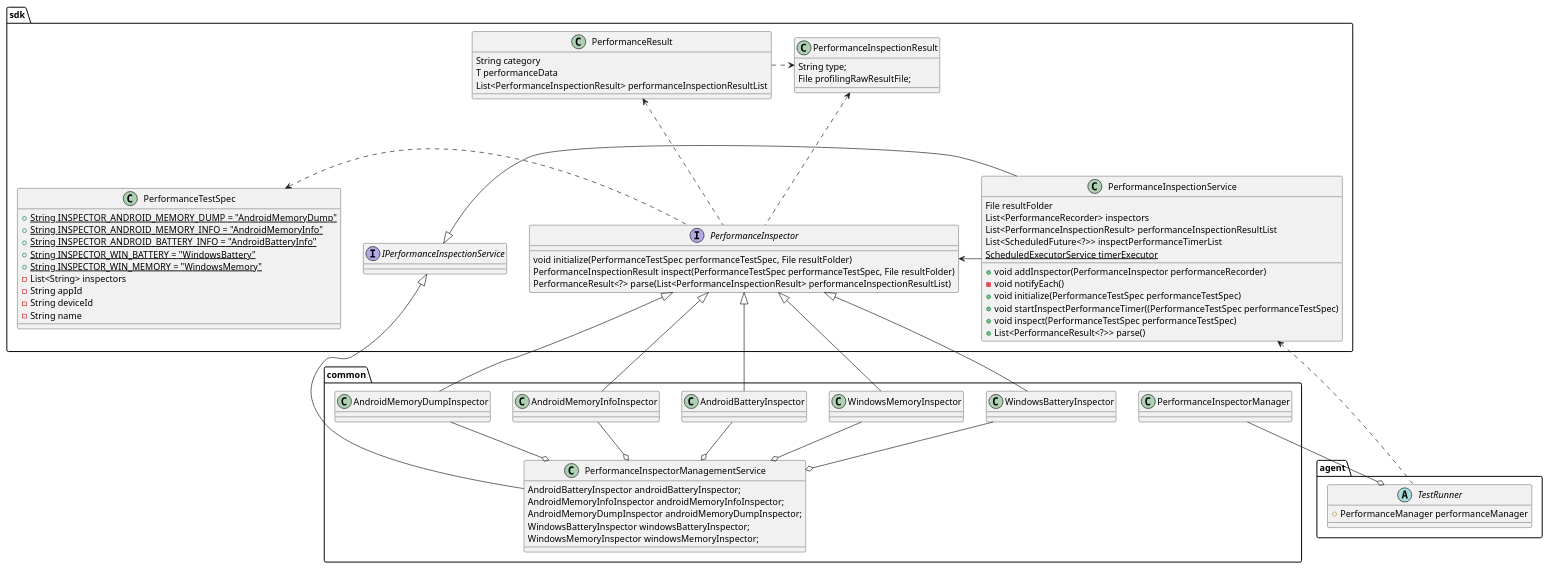
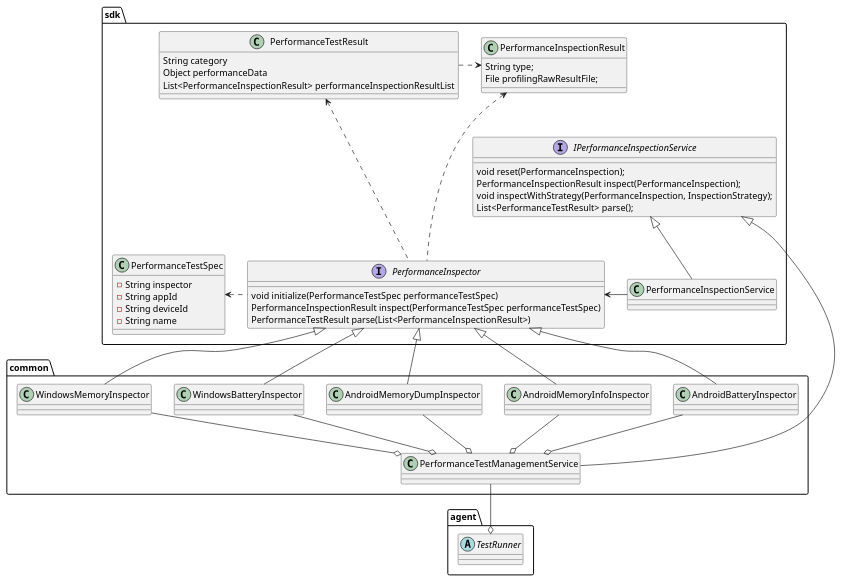
One commit to microsoft/HydraLab changed the first of 3 diagrams in agent/doc/UML/perf_design.puml. Above: the diagram before and after it, drawn with PlantUML. The commit also changed other lines of this file and 13 other files, not shown here.

Commit message:
update uml and rename the PerformanceTestManagementService

```diff
--- a/agent/doc/UML/perf_design.puml
+++ b/agent/doc/UML/perf_design.puml
@@ -1,92 +1,72 @@
 @startuml
 'https://plantuml.com/class-diagram'
 
 package "sdk" {
 
     class PerformanceTestSpec {
-        +{static}String INSPECTOR_ANDROID_MEMORY_DUMP = "AndroidMemoryDump"
-        +{static}String INSPECTOR_ANDROID_MEMORY_INFO = "AndroidMemoryInfo"
-        +{static}String INSPECTOR_ANDROID_BATTERY_INFO = "AndroidBatteryInfo"
-        +{static}String INSPECTOR_WIN_BATTERY = "WindowsBattery"
-        +{static}String INSPECTOR_WIN_MEMORY = "WindowsMemory"
-        -List<String> inspectors
+        -String inspector
         -String appId
         -String deviceId
         -String name
     }
     interface PerformanceInspector {
-        void initialize(PerformanceTestSpec performanceTestSpec, File resultFolder)
-        PerformanceInspectionResult inspect(PerformanceTestSpec performanceTestSpec, File resultFolder)
-        PerformanceResult<?> parse(List<PerformanceInspectionResult> performanceInspectionResultList)
+        void initialize(PerformanceTestSpec performanceTestSpec)
+        PerformanceInspectionResult inspect(PerformanceTestSpec performanceTestSpec)
+        PerformanceTestResult parse(List<PerformanceInspectionResult>)
     }
 
     interface IPerformanceInspectionService {
+        void reset(PerformanceInspection);
+        PerformanceInspectionResult inspect(PerformanceInspection);
+        void inspectWithStrategy(PerformanceInspection, InspectionStrategy);
+        List<PerformanceTestResult> parse();
     }
 
     class PerformanceInspectionService {
-        File resultFolder
-        List<PerformanceRecorder> inspectors
-        List<PerformanceInspectionResult> performanceInspectionResultList
-        List<ScheduledFuture<?>> inspectPerformanceTimerList
-        {static} ScheduledExecutorService timerExecutor
-        +void addInspector(PerformanceInspector performanceRecorder)
-        -void notifyEach()
-        +void initialize(PerformanceTestSpec performanceTestSpec)
-        +void startInspectPerformanceTimer((PerformanceTestSpec performanceTestSpec)
-        +void inspect(PerformanceTestSpec performanceTestSpec)
-        +List<PerformanceResult<?>> parse()
     }
 
-    class PerformanceResult {
+    class PerformanceTestResult {
         String category
-        T performanceData
+        Object performanceData
         List<PerformanceInspectionResult> performanceInspectionResultList
     }
 
     class PerformanceInspectionResult {
         String type;
         File profilingRawResultFile;
     }
 
-
     PerformanceInspector -left..> PerformanceTestSpec
     PerformanceInspector -up..> PerformanceInspectionResult
     PerformanceInspector <---right PerformanceInspectionService
-    PerformanceInspector -up..> PerformanceResult
-    PerformanceResult -right..> PerformanceInspectionResult
-    PerformanceInspectionService -r-|> IPerformanceInspectionService
+    PerformanceInspector -up..> PerformanceTestResult
+    PerformanceTestResult -right..> PerformanceInspectionResult
+    PerformanceInspectionService -u-|> IPerformanceInspectionService
 }
 
 package "agent" {
     abstract class TestRunner {
-        #PerformanceManager performanceManager
     }
 }
 
 package "common" {
-    class PerformanceInspectorManagementService {
-        AndroidBatteryInspector androidBatteryInspector;
-        AndroidMemoryInfoInspector androidMemoryInfoInspector;
-        AndroidMemoryDumpInspector androidMemoryDumpInspector;
-        WindowsBatteryInspector windowsBatteryInspector;
-        WindowsMemoryInspector windowsMemoryInspector;
+    class PerformanceTestManagementService {
+
     }
-
 
     PerformanceInspector <|-- AndroidBatteryInspector
     PerformanceInspector <|-- AndroidMemoryInfoInspector
     PerformanceInspector <|-- AndroidMemoryDumpInspector
     PerformanceInspector <|-- WindowsBatteryInspector
     PerformanceInspector <|-- WindowsMemoryInspector
 
-    AndroidBatteryInspector --o PerformanceInspectorManagementService
-    AndroidMemoryInfoInspector --o PerformanceInspectorManagementService
-    AndroidMemoryDumpInspector --o PerformanceInspectorManagementService
-    WindowsBatteryInspector --o PerformanceInspectorManagementService
-    WindowsMemoryInspector --o PerformanceInspectorManagementService
-    PerformanceInspectorManagementService --|> IPerformanceInspectionService
+    AndroidBatteryInspector --o PerformanceTestManagementService
+    AndroidMemoryInfoInspector --o PerformanceTestManagementService
+    AndroidMemoryDumpInspector --o PerformanceTestManagementService
+    WindowsBatteryInspector --o PerformanceTestManagementService
+    WindowsMemoryInspector --o PerformanceTestManagementService
+    PerformanceTestManagementService --|> IPerformanceInspectionService
 
-    TestRunner o-r- PerformanceInspectorManager
-    TestRunner -up..> PerformanceInspectionService
+    TestRunner o-u- PerformanceTestManagementService
 }
 @enduml
```
